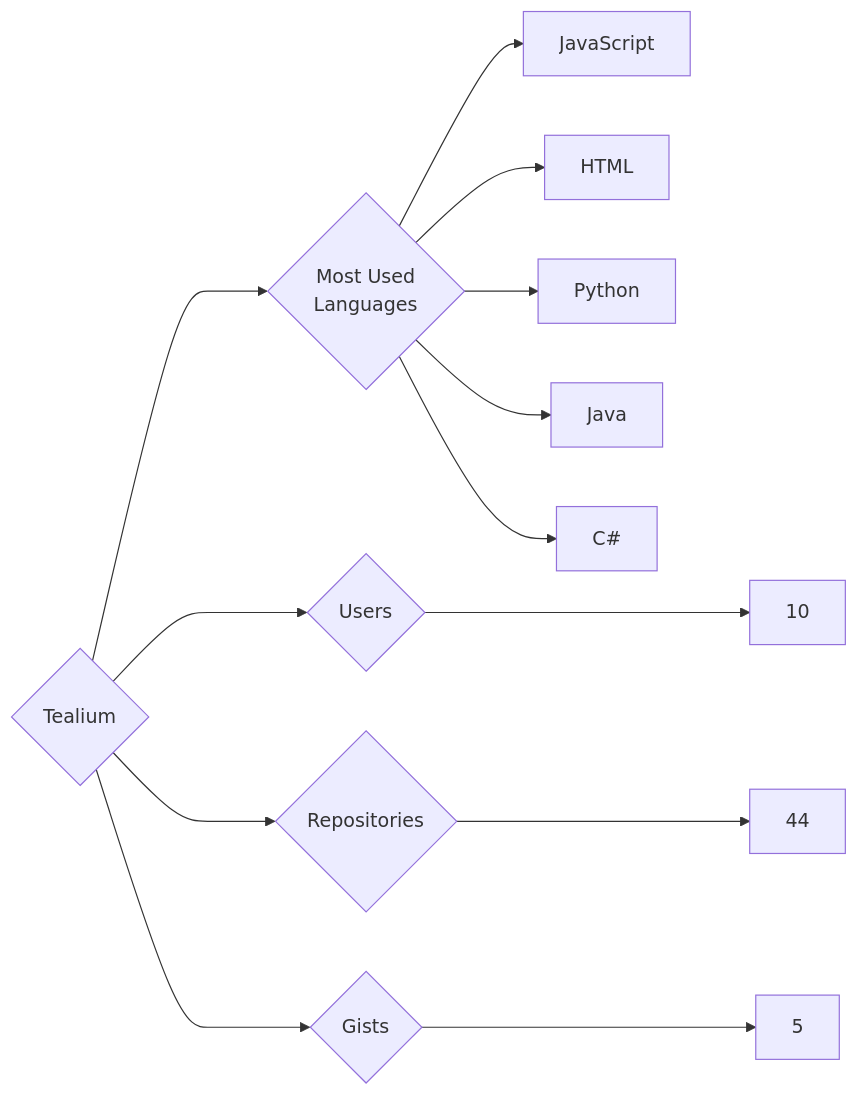
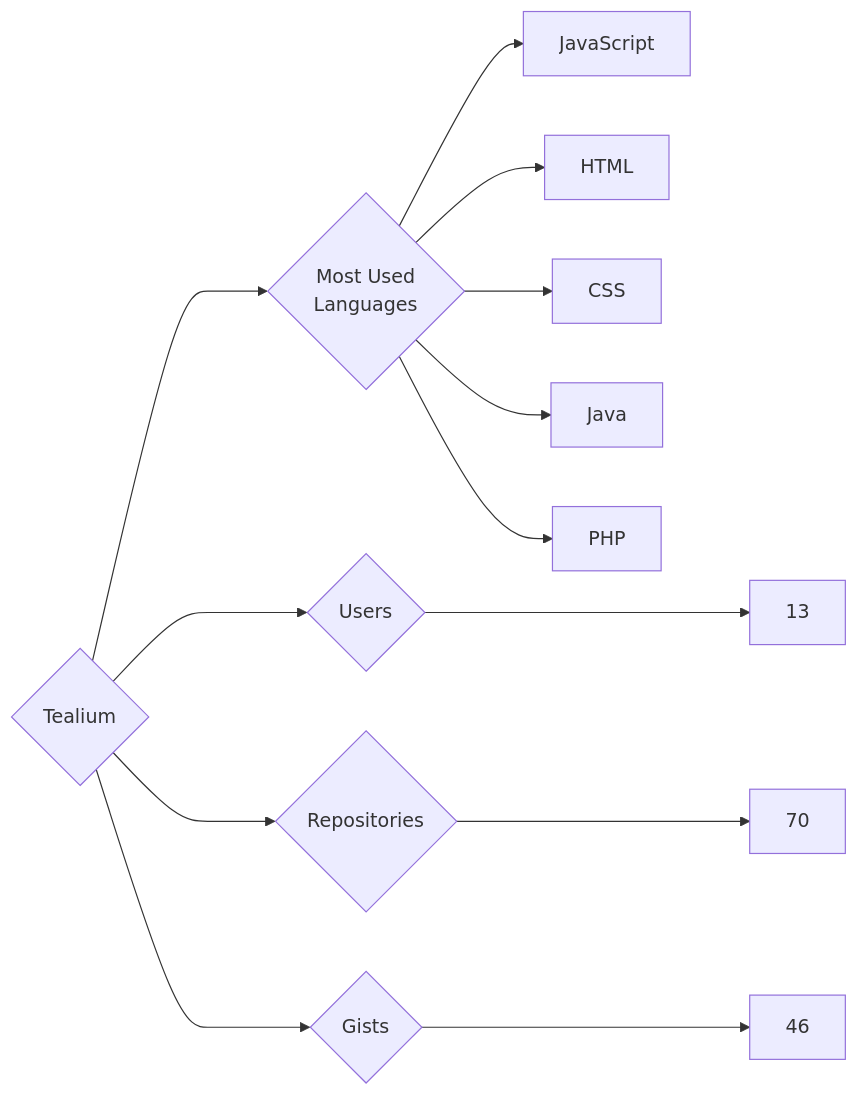
One commit to trickest/insiders changed the diagram in targets/Tealium/README.md. Above: the diagram before and after it, drawn with Mermaid. The commit also changed 1479 other files, not shown here.

````diff
--- a/targets/Tealium/README.md
+++ b/targets/Tealium/README.md
@@ -3,13 +3,13 @@
 ```mermaid
 graph LR
 COMPANY_NAME{Tealium}
-COMPANY_NAME ---> U{Users} ---> UN[10]
-COMPANY_NAME ---> R{Repositories} ---> RN[44]
-COMPANY_NAME ---> G{Gists} ---> GN[5]
+COMPANY_NAME ---> U{Users} ---> UN[13]
+COMPANY_NAME ---> R{Repositories} ---> RN[70]
+COMPANY_NAME ---> G{Gists} ---> GN[46]
 COMPANY_NAME ---> ML{Most Used<br>Languages}
 ML --> JavaScript[JavaScript]
 ML --> HTML[HTML]
-ML --> Python[Python]
+ML --> CSS[CSS]
 ML --> Java[Java]
-ML --> C#[C#]
+ML --> PHP[PHP]
 ```
````
